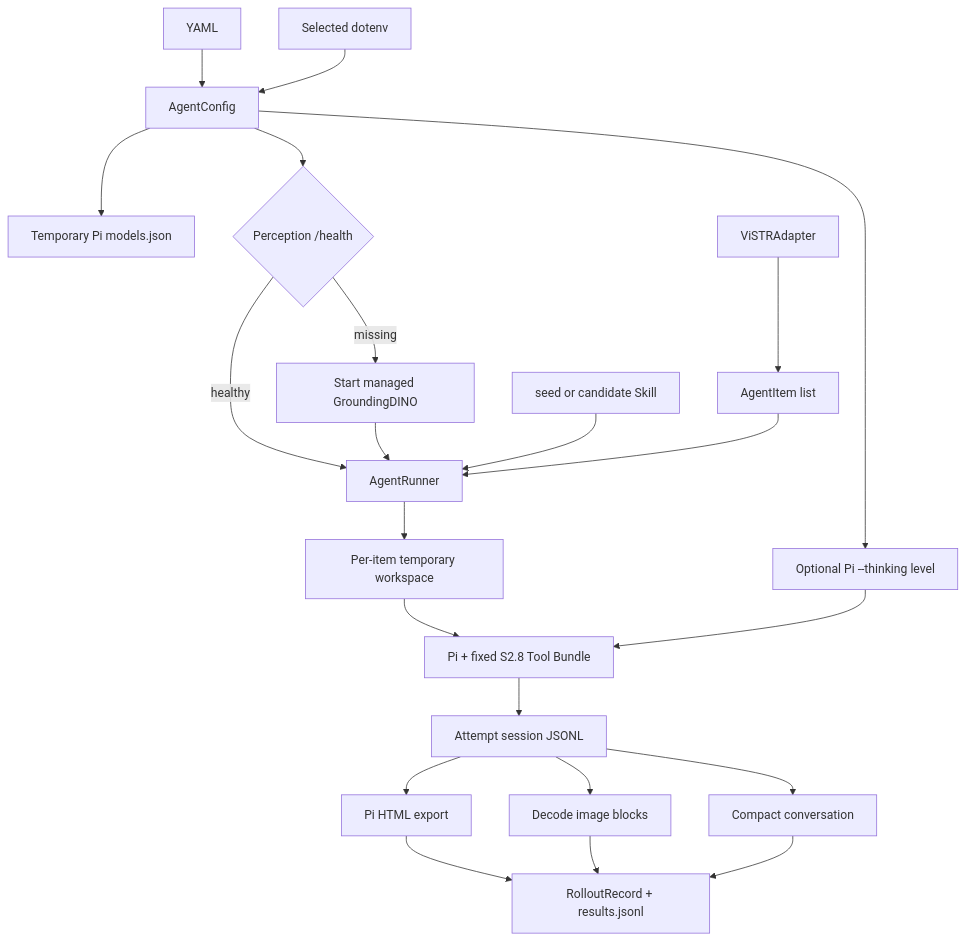
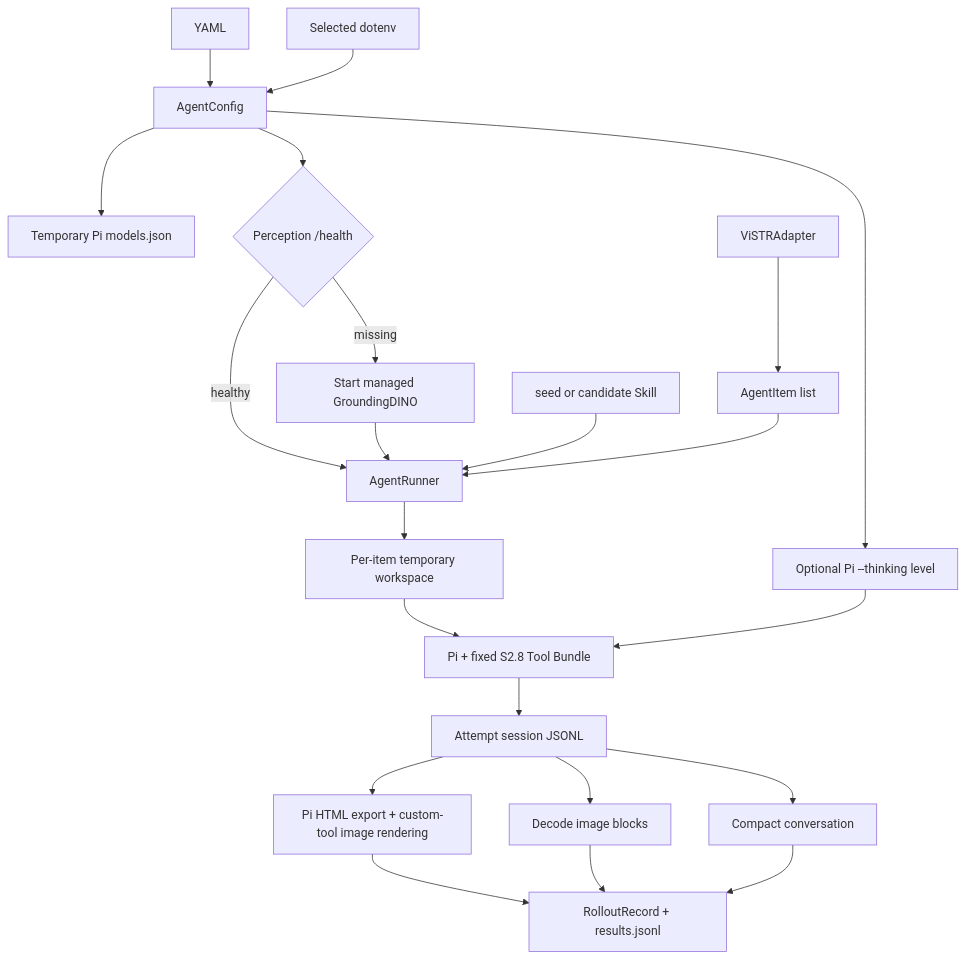
Before and after one commit to tangqh03/4D-Agent: the diagram in docs/code_maps/systems/configurable_agent_runtime.md, drawn with Mermaid. The commit also changed other lines of this file and 4 other files, not shown here.

Commit message:
Render custom-tool images in trajectory exports

````diff
--- a/docs/code_maps/systems/configurable_agent_runtime.md
+++ b/docs/code_maps/systems/configurable_agent_runtime.md
@@ -22,22 +22,22 @@
 ```mermaid
 flowchart TD
     Y[YAML] --> C[AgentConfig]
     E[Selected dotenv] --> C
     C --> M[Temporary Pi models.json]
     C --> T[Optional Pi --thinking level]
     C --> S{Perception /health}
     S -->|healthy| R[AgentRunner]
     S -->|missing| P[Start managed GroundingDINO]
     P --> R
     D[ViSTRAdapter] --> I[AgentItem list]
     K[seed or candidate Skill] --> R
     I --> R
     R --> W[Per-item temporary workspace]
     W --> PI[Pi + fixed S2.8 Tool Bundle]
     T --> PI
     PI --> J[Attempt session JSONL]
-    J --> H[Pi HTML export]
+    J --> H[Pi HTML export + custom-tool image rendering]
     J --> X[Decode image blocks]
     J --> V[Compact conversation]
     H & X & V --> O[RolloutRecord + results.jsonl]
 ```
````
